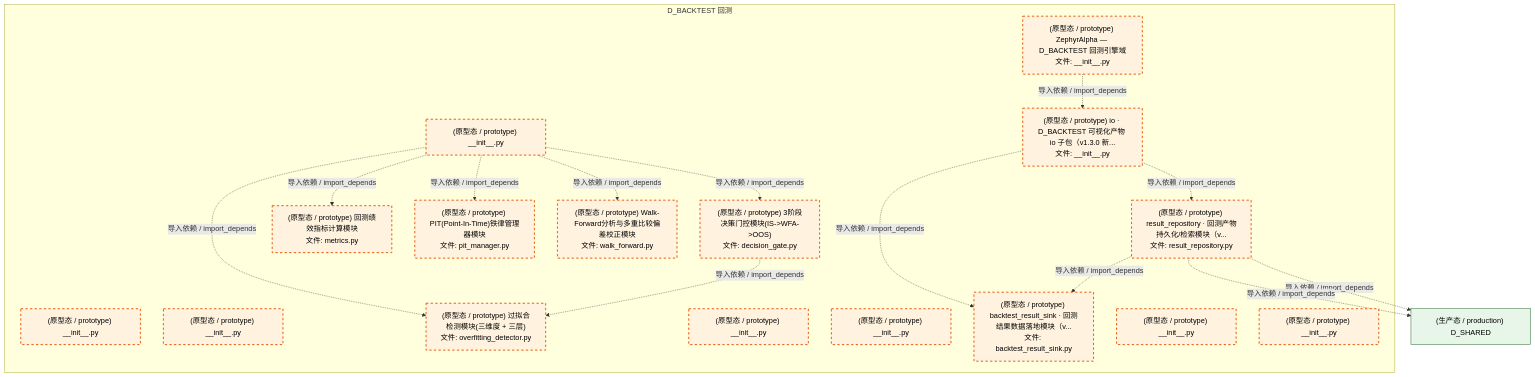
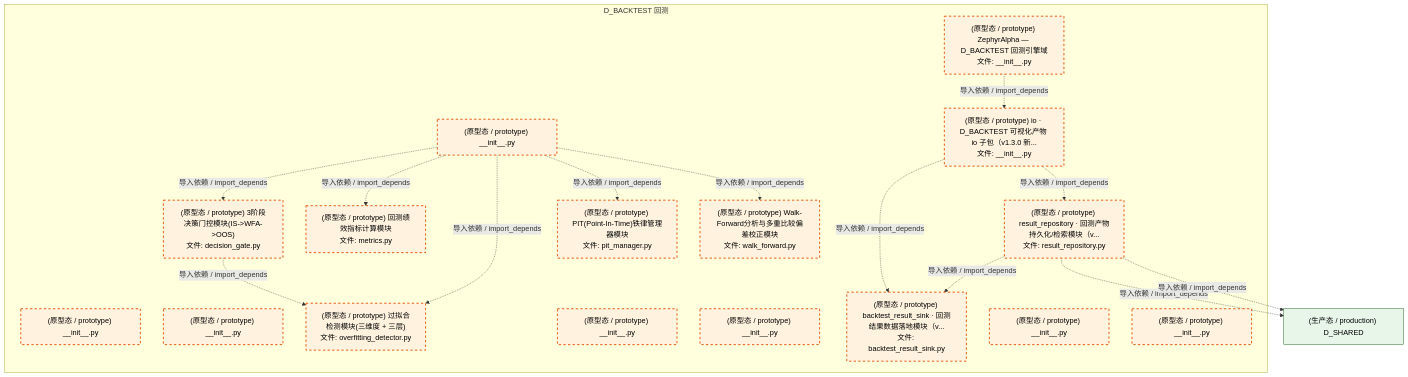
One commit to xuanFelixVan/ZephyrAlpha changed the fifth of 6 diagrams in docs/02_enterprise_architecture/02_domain_architecture_docs/30_d_backtest.md. Above: the diagram before and after it, drawn with Mermaid. The commit also changed other lines of this file and 126 other files, not shown here.

````diff
--- a/docs/02_enterprise_architecture/02_domain_architecture_docs/30_d_backtest.md
+++ b/docs/02_enterprise_architecture/02_domain_architecture_docs/30_d_backtest.md
@@ -346,40 +346,40 @@
 ```mermaid
 graph TD
     subgraph D_BACKTEST["D_BACKTEST 回测"]
         src_zephyr_backtest_init_py["(原型态 / prototype) ZephyrAlpha — D_BACKTEST 回测引擎域<br/>文件: __init__.py"]
         src_zephyr_backtest_extensions_init_py["(原型态 / prototype) __init__.py"]
         src_zephyr_backtest_api_init_py["(原型态 / prototype) __init__.py"]
         src_zephyr_backtest_core_init_py["(原型态 / prototype) __init__.py"]
         src_zephyr_backtest_core_decision_gate_py["(原型态 / prototype) 3阶段决策门控模块(IS->WFA->OOS)<br/>文件: decision_gate.py"]
         src_zephyr_backtest_core_metrics_py["(原型态 / prototype) 回测绩效指标计算模块<br/>文件: metrics.py"]
         src_zephyr_backtest_core_overfitting_detector_py["(原型态 / prototype) 过拟合检测模块(三维度 + 三层)<br/>文件: overfitting_detector.py"]
         src_zephyr_backtest_core_pit_manager_py["(原型态 / prototype) PIT(Point-In-Time)铁律管理器模块<br/>文件: pit_manager.py"]
         src_zephyr_backtest_core_walk_forward_py["(原型态 / prototype) Walk-Forward分析与多重比较偏差校正模块<br/>文件: walk_forward.py"]
         src_zephyr_backtest_implementations_init_py["(原型态 / prototype) __init__.py"]
         src_zephyr_backtest_infrastructure_init_py["(原型态 / prototype) __init__.py"]
         src_zephyr_backtest_io_init_py["(原型态 / prototype) io · D_BACKTEST 可视化产物 io 子包（v1.3.0 新...<br/>文件: __init__.py"]
         src_zephyr_backtest_io_backtest_result_sink_py["(原型态 / prototype) backtest_result_sink · 回测结果数据落地模块（v...<br/>文件: backtest_result_sink.py"]
         src_zephyr_backtest_io_result_repository_py["(原型态 / prototype) result_repository · 回测产物持久化/检索模块（v...<br/>文件: result_repository.py"]
         src_zephyr_backtest_models_init_py["(原型态 / prototype) __init__.py"]
         src_zephyr_backtest_services_init_py["(原型态 / prototype) __init__.py"]
     end
+    src_zephyr_backtest_core_decision_gate_py -.->|导入依赖 / import_depends| src_zephyr_backtest_core_overfitting_detector_py
     src_zephyr_backtest_init_py -.->|导入依赖 / import_depends| src_zephyr_backtest_io_init_py
-    src_zephyr_backtest_core_decision_gate_py -.->|导入依赖 / import_depends| src_zephyr_backtest_core_overfitting_detector_py
     src_zephyr_backtest_core_init_py -.->|导入依赖 / import_depends| src_zephyr_backtest_core_decision_gate_py
+    src_zephyr_backtest_core_init_py -.->|导入依赖 / import_depends| src_zephyr_backtest_core_metrics_py
     src_zephyr_backtest_core_init_py -.->|导入依赖 / import_depends| src_zephyr_backtest_core_overfitting_detector_py
     src_zephyr_backtest_core_init_py -.->|导入依赖 / import_depends| src_zephyr_backtest_core_pit_manager_py
-    src_zephyr_backtest_core_init_py -.->|导入依赖 / import_depends| src_zephyr_backtest_core_metrics_py
     src_zephyr_backtest_core_init_py -.->|导入依赖 / import_depends| src_zephyr_backtest_core_walk_forward_py
     src_zephyr_backtest_io_result_repository_py -.->|导入依赖 / import_depends| src_zephyr_backtest_io_backtest_result_sink_py
+    src_zephyr_backtest_io_init_py -.->|导入依赖 / import_depends| src_zephyr_backtest_io_backtest_result_sink_py
     src_zephyr_backtest_io_init_py -.->|导入依赖 / import_depends| src_zephyr_backtest_io_result_repository_py
-    src_zephyr_backtest_io_init_py -.->|导入依赖 / import_depends| src_zephyr_backtest_io_backtest_result_sink_py
     D_SHARED["(生产态 / production) D_SHARED"]
     src_zephyr_backtest_io_result_repository_py -.->|导入依赖 / import_depends| D_SHARED
     src_zephyr_backtest_io_result_repository_py -.->|导入依赖 / import_depends| D_SHARED
     classDef production fill:#e1f5fe,stroke:#01579b,stroke-width:2px,color:#000
     classDef design fill:#fff3e0,stroke:#e65100,stroke-width:2px,color:#000,stroke-dasharray: 5 5
     classDef external_prod fill:#e8f5e9,stroke:#1b5e20,stroke-width:1px,color:#000
     classDef external_design fill:#fce4ec,stroke:#880e4f,stroke-width:1px,color:#000,stroke-dasharray: 5 5
     class src_zephyr_backtest_init_py,src_zephyr_backtest_extensions_init_py,src_zephyr_backtest_api_init_py,src_zephyr_backtest_core_init_py,src_zephyr_backtest_core_decision_gate_py,src_zephyr_backtest_core_metrics_py,src_zephyr_backtest_core_overfitting_detector_py,src_zephyr_backtest_core_pit_manager_py,src_zephyr_backtest_core_walk_forward_py,src_zephyr_backtest_implementations_init_py,src_zephyr_backtest_infrastructure_init_py,src_zephyr_backtest_io_init_py,src_zephyr_backtest_io_backtest_result_sink_py,src_zephyr_backtest_io_result_repository_py,src_zephyr_backtest_models_init_py,src_zephyr_backtest_services_init_py design
     class D_SHARED external_prod
 ```
````
